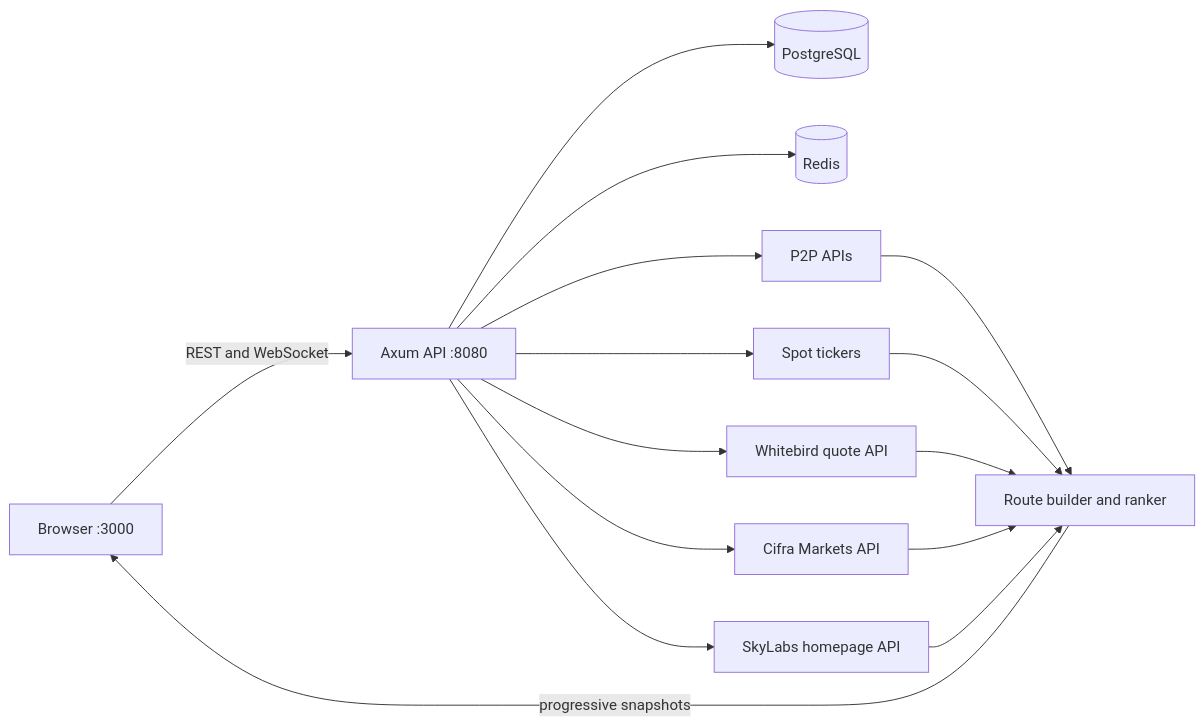
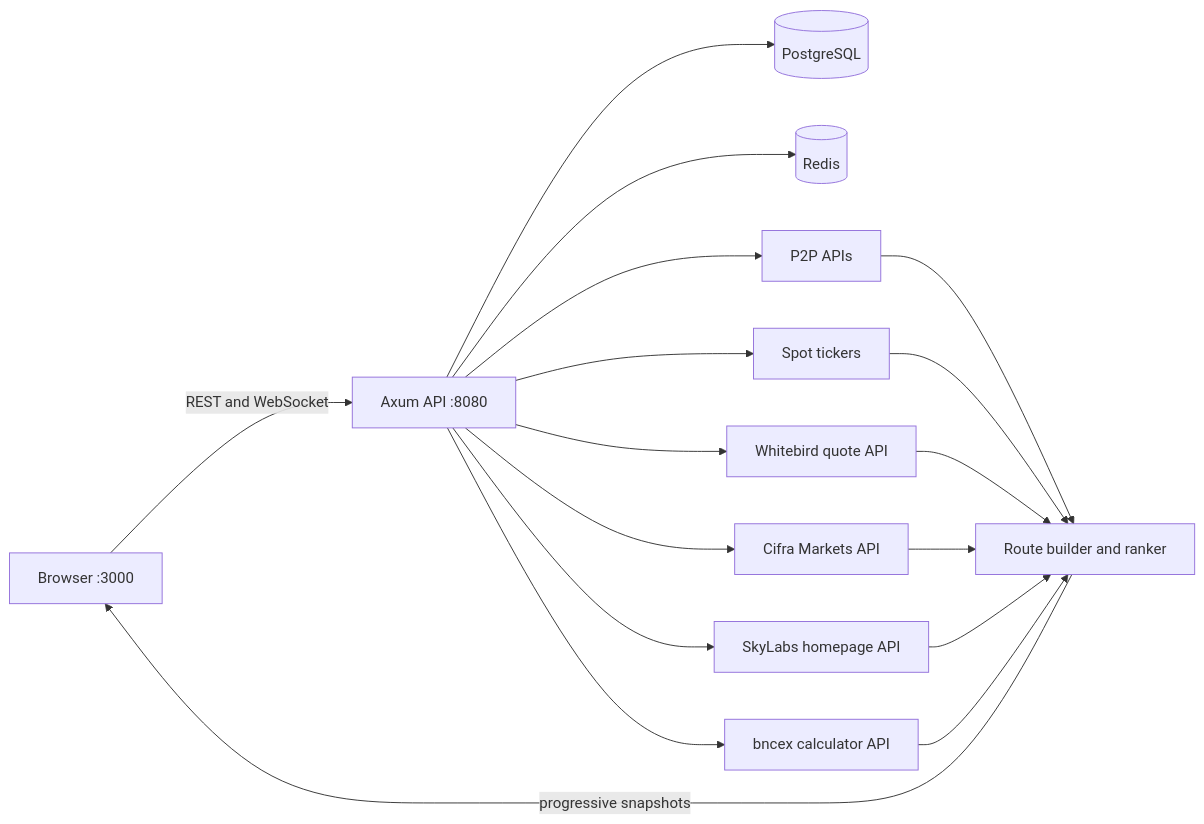
Before and after one commit to Flow3Pay/pay3flow: the diagram in README.md, drawn with Mermaid. The commit also changed other lines of this file and 8 other files, not shown here.

````diff
--- a/README.md
+++ b/README.md
@@ -59,17 +60,19 @@
 ```mermaid
 flowchart LR
     browser[Browser :3000] -->|REST and WebSocket| api[Axum API :8080]
     api --> postgres[(PostgreSQL)]
     api --> redis[(Redis)]
     api --> p2p[P2P APIs]
     api --> spot[Spot tickers]
     api --> whitebird[Whitebird quote API]
     api --> cifra[Cifra Markets API]
     api --> skylabs[SkyLabs homepage API]
+    api --> bncex[bncex calculator API]
     p2p --> ranker[Route builder and ranker]
     spot --> ranker
     whitebird --> ranker
     cifra --> ranker
     skylabs --> ranker
+    bncex --> ranker
     ranker -->|progressive snapshots| browser
 ```
````
